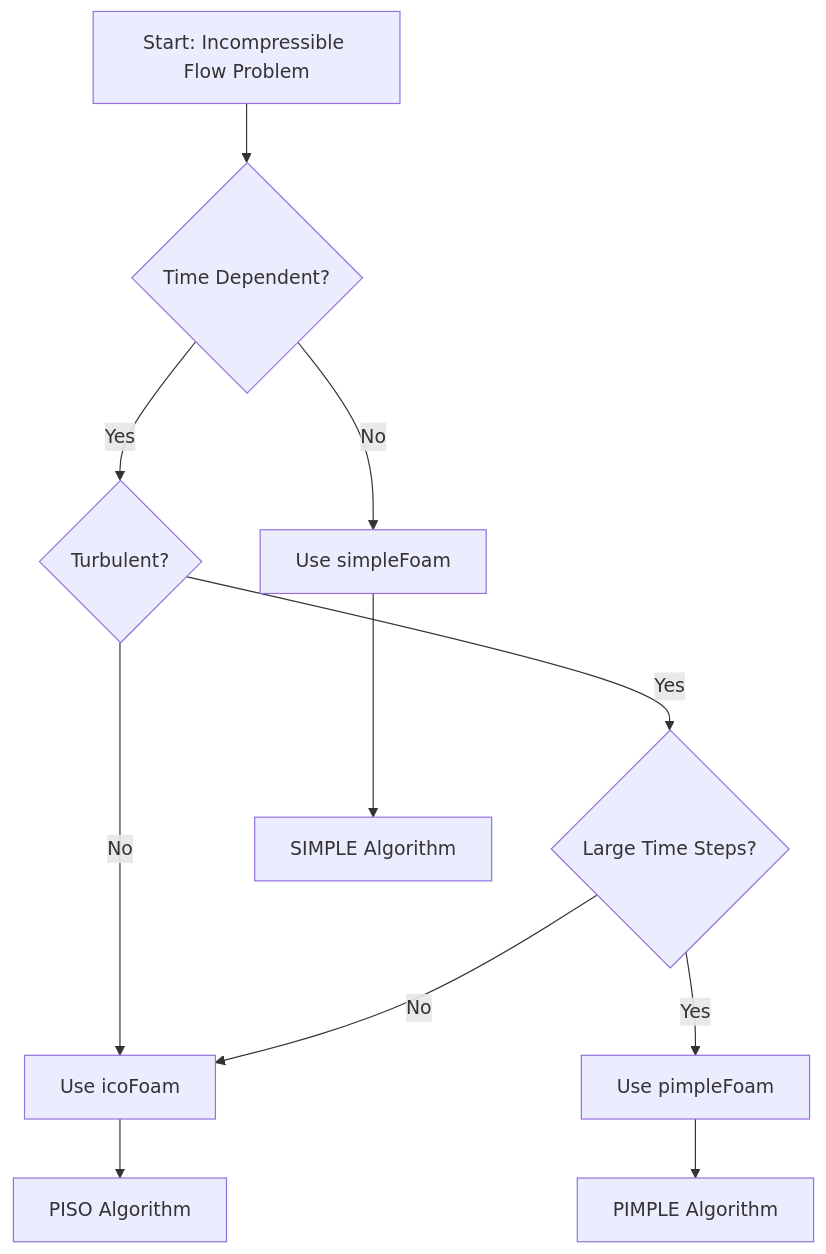
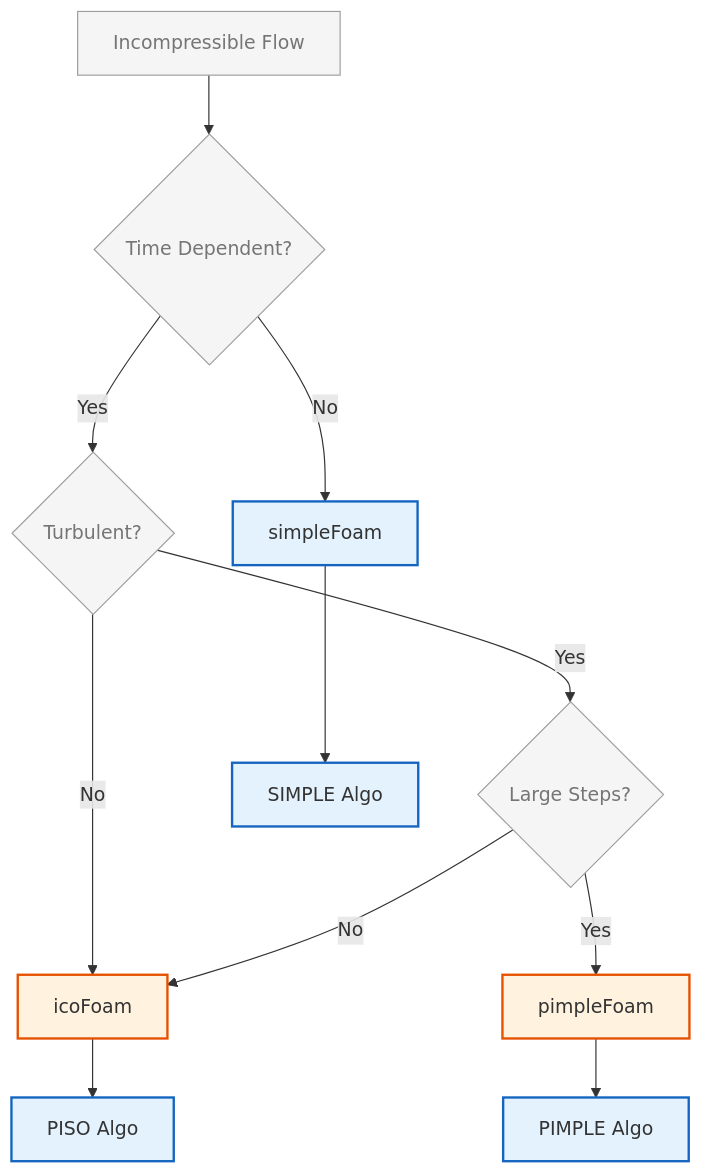
One commit to wramet/build-my-cfd changed the diagram in MODULE_03_SINGLE_PHASE_FLOW/CONTENT/01_INCOMPRESSIBLE_FLOW_SOLVERS/01_Introduction.md. Above: the diagram before and after it, drawn with Mermaid. The commit also changed 313 other files, not shown here.

Commit message:
Revise all diagram

````diff
--- a/MODULE_03_SINGLE_PHASE_FLOW/CONTENT/01_INCOMPRESSIBLE_FLOW_SOLVERS/01_Introduction.md
+++ b/MODULE_03_SINGLE_PHASE_FLOW/CONTENT/01_INCOMPRESSIBLE_FLOW_SOLVERS/01_Introduction.md
@@ -43,13 +43,18 @@
 ```mermaid
 flowchart TD
-    A[Start: Incompressible Flow Problem] --> B{Time Dependent?}
-    B -->|Yes| C{Turbulent?}
-    B -->|No| D[Use simpleFoam]
-    C -->|No| E[Use icoFoam]
-    C -->|Yes| F{Large Time Steps?}
-    F -->|Yes| G[Use pimpleFoam]
-    F -->|No| E
-    D --> H[SIMPLE Algorithm]
-    E --> I[PISO Algorithm]
-    G --> J[PIMPLE Algorithm]
+%% Classes
+classDef explicit fill:#fff3e0,stroke:#e65100,stroke-width:2px;
+classDef implicit fill:#e3f2fd,stroke:#1565c0,stroke-width:2px;
+classDef context fill:#f5f5f5,stroke:#9e9e9e,stroke-width:1px,color:#757575;
+%% Nodes
+A[Incompressible Flow]:::context --> B{Time Dependent?}:::context
+B -->|Yes| C{Turbulent?}:::context
+B -->|No| D[simpleFoam]:::implicit
+C -->|No| E[icoFoam]:::explicit
+C -->|Yes| F{Large Steps?}:::context
+F -->|Yes| G[pimpleFoam]:::explicit
+F -->|No| E
+D --> H[SIMPLE Algo]:::implicit
+E --> I[PISO Algo]:::implicit
+G --> J[PIMPLE Algo]:::implicit
 ```
````
